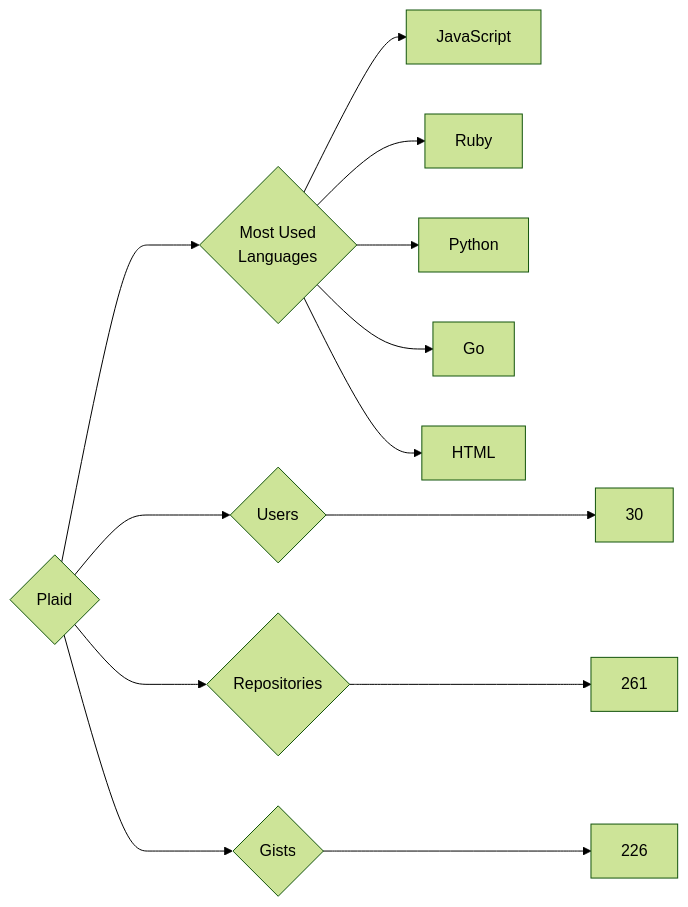
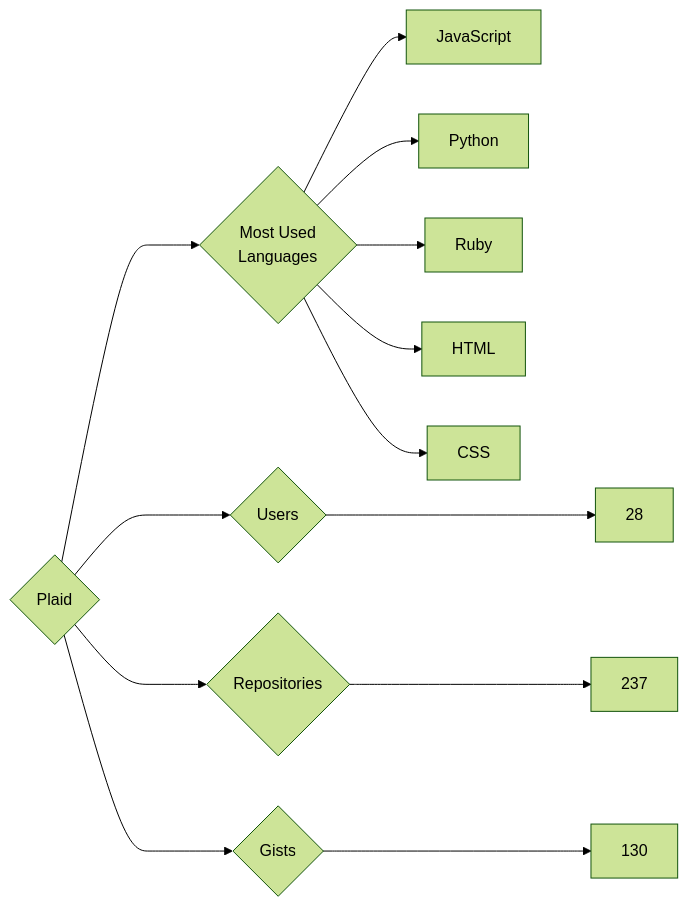
The diagram in targets/Plaid/README.md (trickest/insiders), drawn with Mermaid (forest theme) before and after one commit. The commit also changed 920 other files, not shown here.

````diff
--- a/targets/Plaid/README.md
+++ b/targets/Plaid/README.md
@@ -3,13 +3,13 @@
 ```mermaid
 graph LR
 COMPANY_NAME{Plaid}
-COMPANY_NAME ---> U{Users} ---> UN[30]
-COMPANY_NAME ---> R{Repositories} ---> RN[261]
-COMPANY_NAME ---> G{Gists} ---> GN[226]
+COMPANY_NAME ---> U{Users} ---> UN[28]
+COMPANY_NAME ---> R{Repositories} ---> RN[237]
+COMPANY_NAME ---> G{Gists} ---> GN[130]
 COMPANY_NAME ---> ML{Most Used<br>Languages}
 ML --> JavaScript[JavaScript]
+ML --> Python[Python]
 ML --> Ruby[Ruby]
-ML --> Python[Python]
-ML --> Go[Go]
 ML --> HTML[HTML]
+ML --> CSS[CSS]
 ```
````
